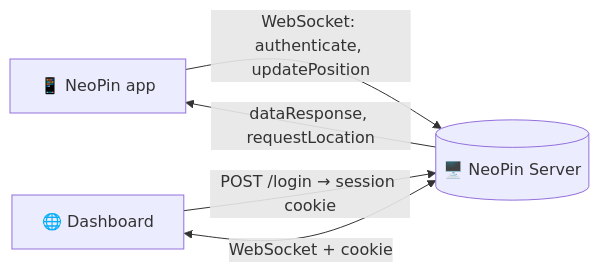
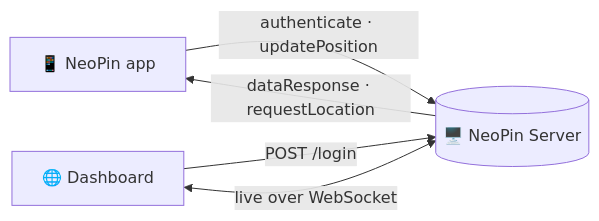
Before and after one commit to vxnsin/NeoPin: the diagram in README.md, drawn with Mermaid. The commit also changed other lines of this file and 1 other file, not shown here.

First line of the commit message:
Redesign the server README and drop the setup GIF

````diff
--- a/README.md
+++ b/README.md
@@ -23,7 +27,7 @@
 ```mermaid
 flowchart LR
-    A[📱 NeoPin app] -- "WebSocket: authenticate, updatePosition" --> S[(🖥️ NeoPin Server)]
-    S -- "dataResponse, requestLocation" --> A
-    D[🌐 Dashboard] -- "POST /login → session cookie" --> S
-    D <-- "WebSocket + cookie" --> S
+    A[📱 NeoPin app] -- "authenticate · updatePosition" --> S[(🖥️ NeoPin Server)]
+    S -- "dataResponse · requestLocation" --> A
+    D[🌐 Dashboard] -- "POST /login" --> S
+    D <-- "live over WebSocket" --> S
 ```
````
